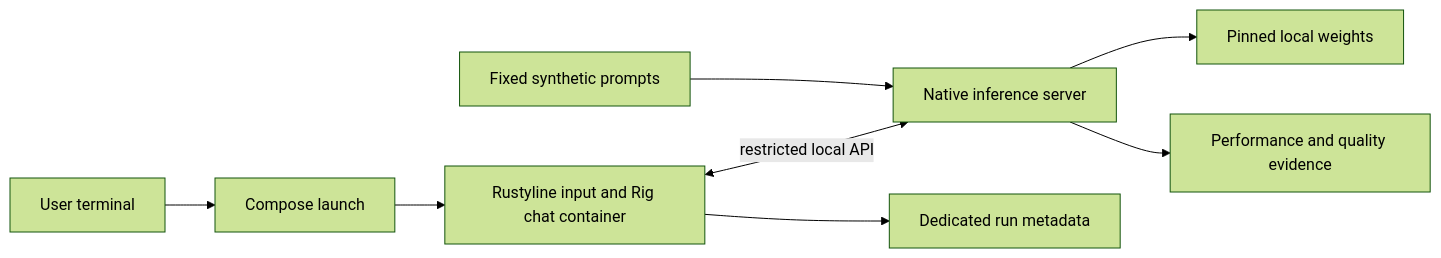
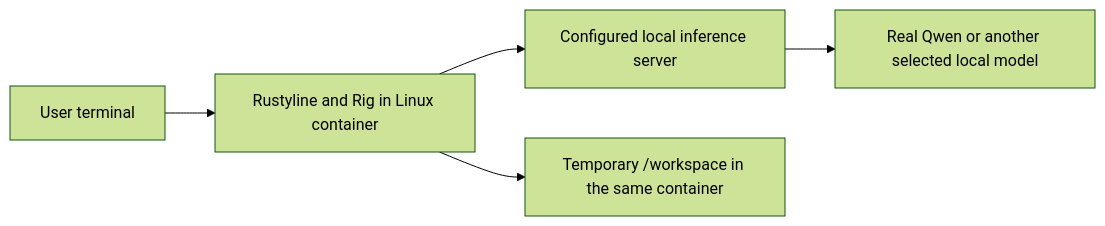
One commit to sysung/piarre changed the diagram in openspec/changes/local-model-chat-poc/design.md. Above: the diagram before and after it, drawn with Mermaid (forest theme). The commit also changed other lines of this file and 12 other files, not shown here.

Commit message:
docs: simplify PoC to real chat and disposable file tools

````diff
--- a/openspec/changes/local-model-chat-poc/design.md
+++ b/openspec/changes/local-model-chat-poc/design.md
@@ -32,10 +28,7 @@
 ```mermaid
 flowchart LR
-  U[User terminal] --> C[Compose launch]
-  C --> H[Rustyline input and Rig chat container]
-  H <-->|restricted local API| R[Native inference server]
-  R --> W[Pinned local weights]
-  H --> O[Dedicated run metadata]
-  B[Fixed synthetic prompts] --> R
-  R --> E[Performance and quality evidence]
+  U[User terminal] --> H[Rustyline and Rig in Linux container]
+  H --> R[Configured local inference server]
+  R --> Q[Real Qwen or another selected local model]
+  H --> W[Temporary /workspace in the same container]
 ```
````
